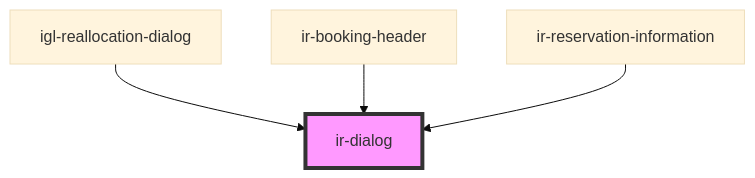
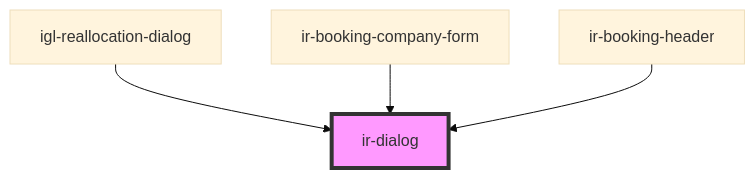
Before and after one commit to David1Chowaifaty/modified-ir-webcmp: the diagram in src/components/ui/ir-dialog/readme.md, drawn with Mermaid (base theme). The commit also changed other lines of this file and 25 other files, not shown here.

````diff
--- a/src/components/ui/ir-dialog/readme.md
+++ b/src/components/ui/ir-dialog/readme.md
@@ -60,7 +60,7 @@
 ```mermaid
 graph TD;
   igl-reallocation-dialog --> ir-dialog
+  ir-booking-company-form --> ir-dialog
   ir-booking-header --> ir-dialog
-  ir-reservation-information --> ir-dialog
   style ir-dialog fill:#f9f,stroke:#333,stroke-width:4px
 ```
````
